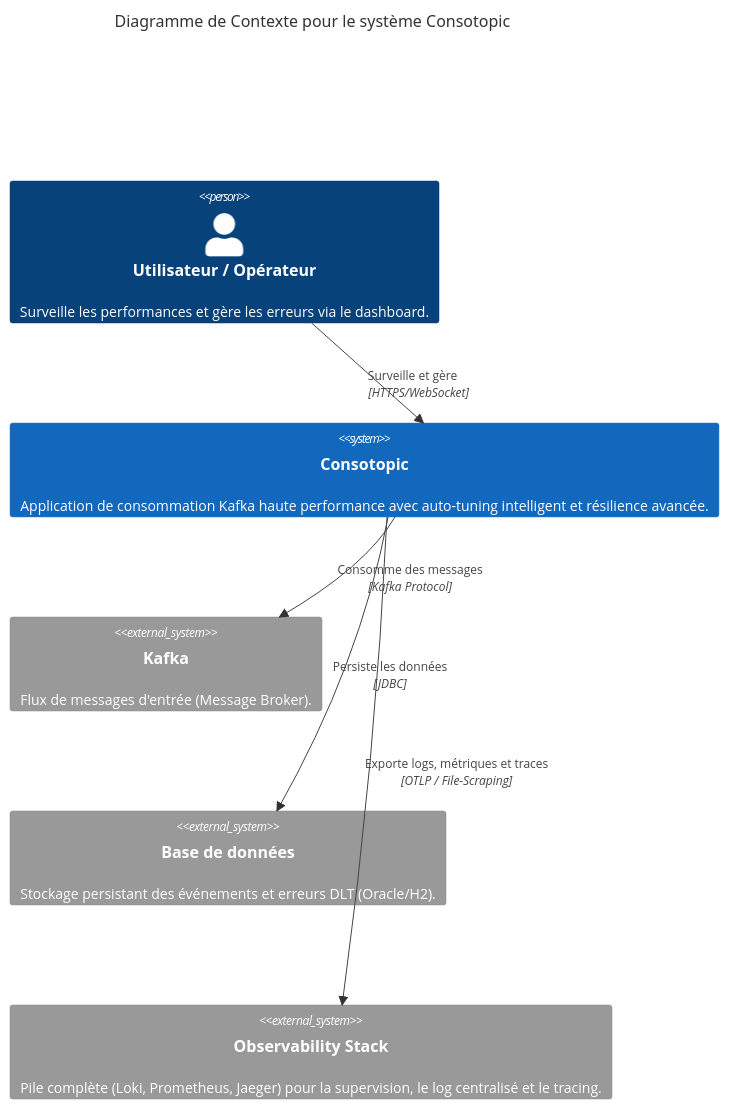
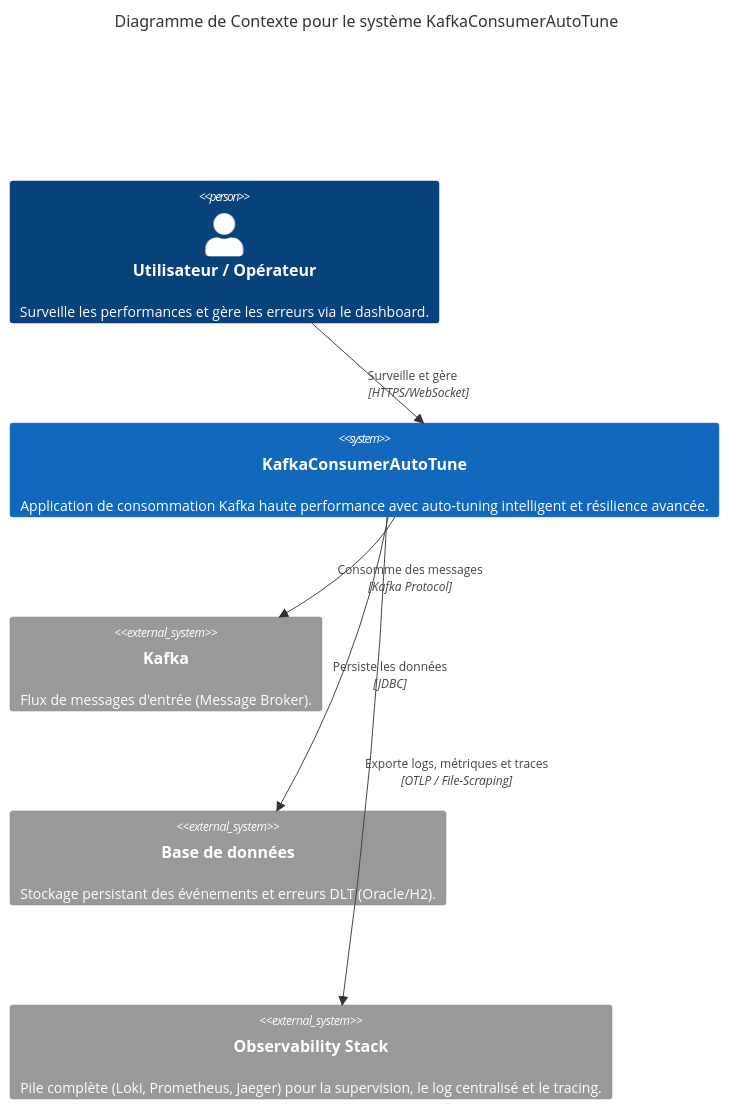
The first of 3 diagrams in docs/c4-mermaid.md (devdownin/kafkaconsumerautotune), drawn with Mermaid before and after one commit. The commit also changed other lines of this file and 9 other files, not shown here.

````diff
--- a/docs/c4-mermaid.md
+++ b/docs/c4-mermaid.md
@@ -9,16 +9,16 @@
 ```mermaid
 C4Context
-    title Diagramme de Contexte pour le système Consotopic
+    title Diagramme de Contexte pour le système KafkaConsumerAutoTune
 
     Person(user, "Utilisateur / Opérateur", "Surveille les performances et gère les erreurs via le dashboard.")
-    System(consotopic, "Consotopic", "Application de consommation Kafka haute performance avec auto-tuning intelligent et résilience avancée.")
+    System(kafkaconsumerautotune, "KafkaConsumerAutoTune", "Application de consommation Kafka haute performance avec auto-tuning intelligent et résilience avancée.")
 
     System_Ext(kafka, "Kafka", "Flux de messages d'entrée (Message Broker).")
     System_Ext(database, "Base de données", "Stockage persistant des événements et erreurs DLT (Oracle/H2).")
     System_Ext(otel_stack, "Observability Stack", "Pile complète (Loki, Prometheus, Jaeger) pour la supervision, le log centralisé et le tracing.")
 
-    Rel(user, consotopic, "Surveille et gère", "HTTPS/WebSocket")
-    Rel(consotopic, kafka, "Consomme des messages", "Kafka Protocol")
-    Rel(consotopic, database, "Persiste les données", "JDBC")
-    Rel(consotopic, otel_stack, "Exporte logs, métriques et traces", "OTLP / File-Scraping")
+    Rel(user, kafkaconsumerautotune, "Surveille et gère", "HTTPS/WebSocket")
+    Rel(kafkaconsumerautotune, kafka, "Consomme des messages", "Kafka Protocol")
+    Rel(kafkaconsumerautotune, database, "Persiste les données", "JDBC")
+    Rel(kafkaconsumerautotune, otel_stack, "Exporte logs, métriques et traces", "OTLP / File-Scraping")
 ```
````
